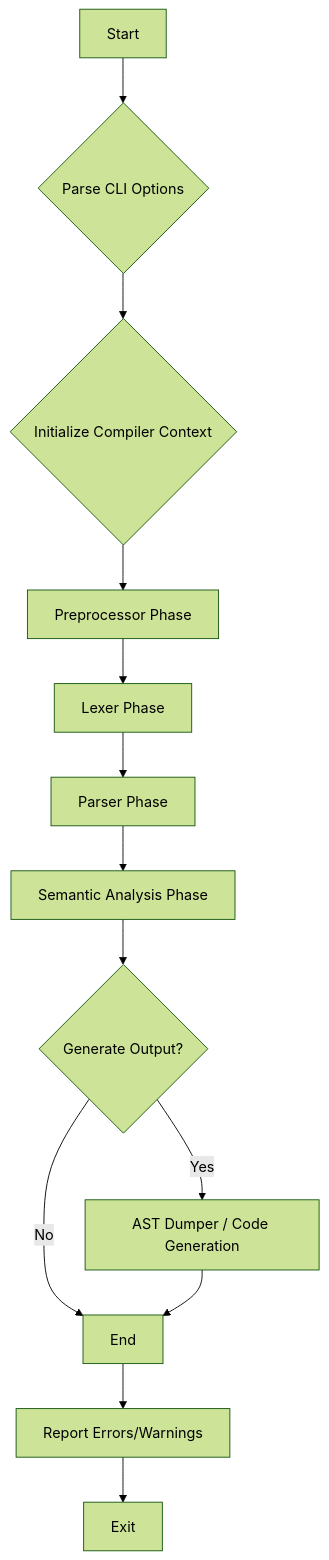
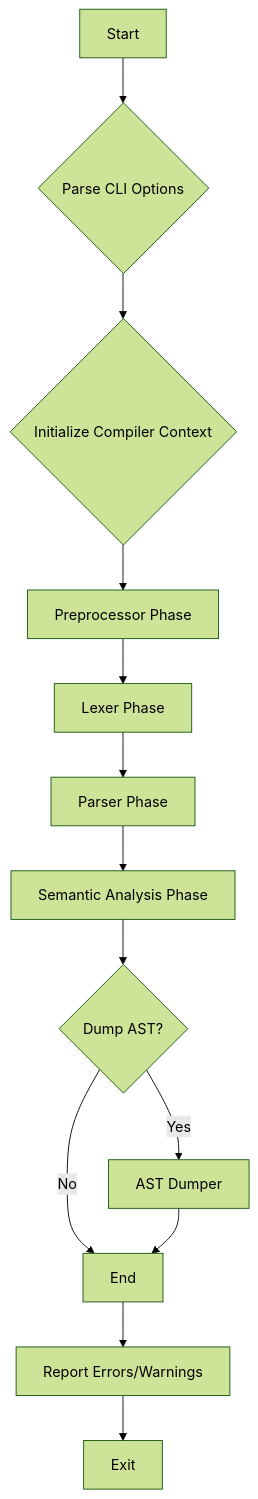
One commit to bungcip/cendol changed the diagram in design-document/compiler_driver_design.md. Above: the diagram before and after it, drawn with Mermaid (forest theme). The commit also changed other lines of this file and 11 other files, not shown here.

````diff
--- a/design-document/compiler_driver_design.md
+++ b/design-document/compiler_driver_design.md
@@ -118,15 +118,15 @@
 ```mermaid
 graph TD
-    A[Start] --> B{Parse CLI Options};
-    B --> C{Initialize Compiler Context};
-    C --> D[Preprocessor Phase];
-    D --> E[Lexer Phase];
-    E --> F[Parser Phase];
-    F --> G[Semantic Analysis Phase];
-    G --> H{Generate Output?};
-    H -- Yes --> I[AST Dumper / Code Generation];
-    H -- No --> J[End];
-    I --> J;
-    J --> K[Report Errors/Warnings];
-    K --> L[Exit];
+     A[Start] --> B{Parse CLI Options};
+     B --> C{Initialize Compiler Context};
+     C --> D[Preprocessor Phase];
+     D --> E[Lexer Phase];
+     E --> F[Parser Phase];
+     F --> G[Semantic Analysis Phase];
+     G --> H{Dump AST?};
+     H -- Yes --> I[AST Dumper];
+     H -- No --> J[End];
+     I --> J;
+     J --> K[Report Errors/Warnings];
+     K --> L[Exit];
 ```
````
